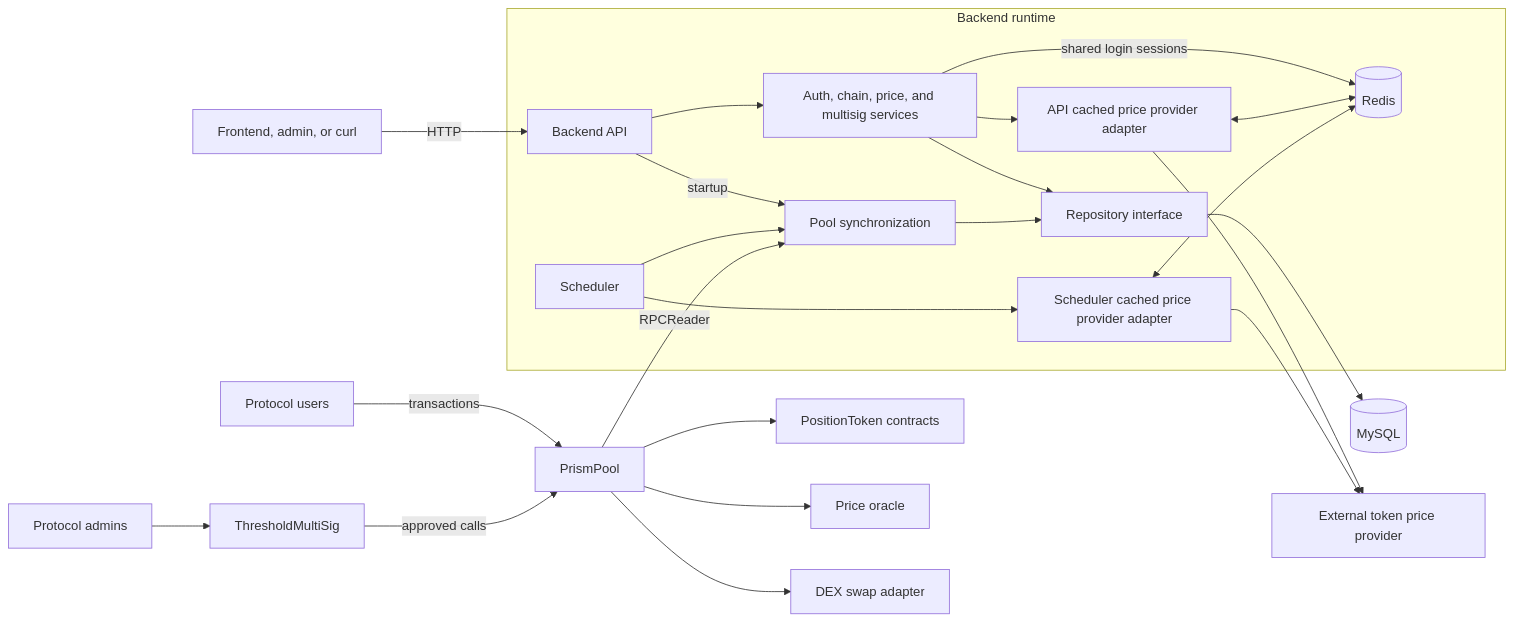
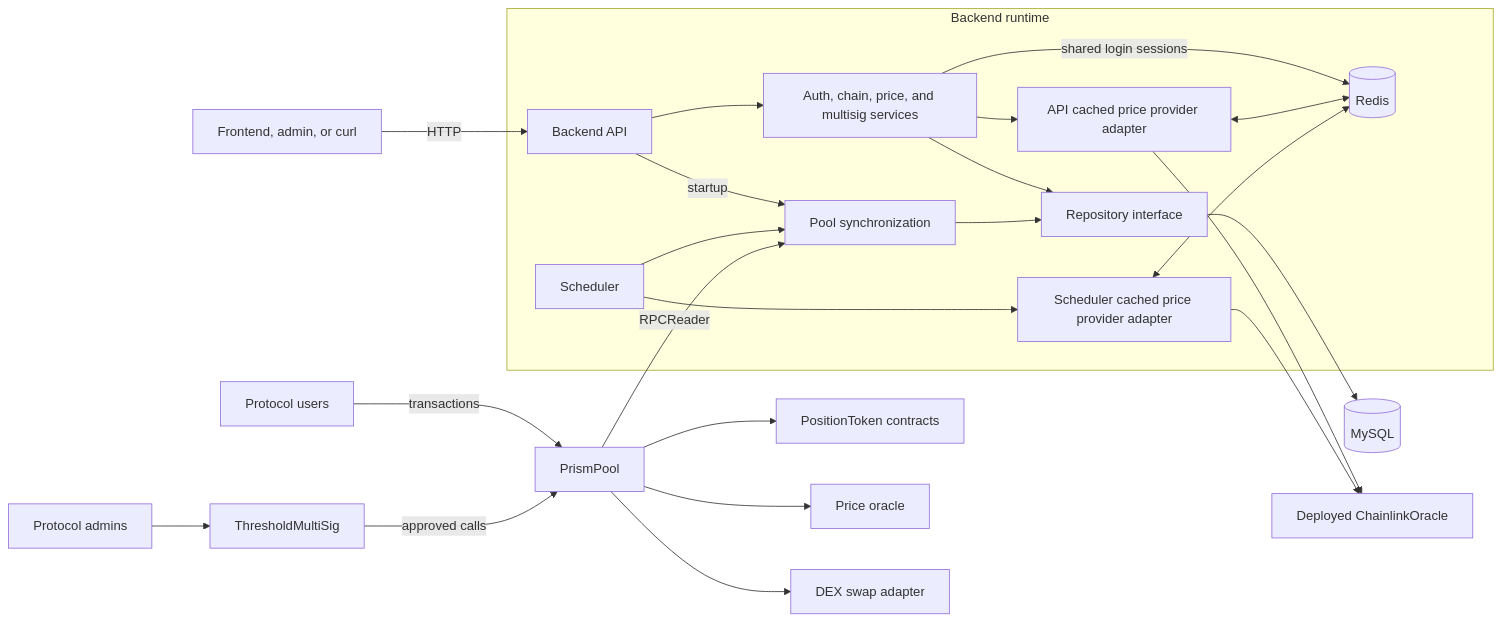
Before and after one commit to lancechuangdev/prism: the first of 2 diagrams in README.md, drawn with Mermaid. The commit also changed other lines of this file and 23 other files, not shown here.

Commit message:
implemented the backend migration from the external HTTP quote service to the deployed ChainlinkOracle.

````diff
--- a/README.md
+++ b/README.md
@@ -24,29 +24,29 @@
 ```mermaid
 flowchart LR
   Users[Protocol users] -->|transactions| Pool[PrismPool]
   Admins[Protocol admins] --> MultiSig[ThresholdMultiSig]
   MultiSig -->|approved calls| Pool
   Pool --> Positions[PositionToken contracts]
   Pool --> Oracle[Price oracle]
   Pool --> DEX[DEX swap adapter]
 
   Client[Frontend, admin, or curl] -->|HTTP| API[Backend API]
 
   subgraph Backend[Backend runtime]
     API --> Services[Auth, chain, price, and multisig services]
     API -->|startup| Sync[Pool synchronization]
     Scheduler[Scheduler] --> Sync
     Services --> Repository[Repository interface]
     Sync --> Repository
   Services --> APICachedPrice[API cached price provider adapter]
   Services -->|shared login sessions| Redis
   Scheduler --> SchedulerCachedPrice[Scheduler cached price provider adapter]
   end
 
   Repository --> MySQL[(MySQL)]
   APICachedPrice <--> Redis[(Redis)]
   SchedulerCachedPrice <--> Redis
-  APICachedPrice --> DemoPrice[External token price provider]
-  SchedulerCachedPrice --> DemoPrice
+  APICachedPrice --> ChainlinkPrice[Deployed ChainlinkOracle]
+  SchedulerCachedPrice --> ChainlinkPrice
   Pool -->|RPCReader| Sync
 ```
````
